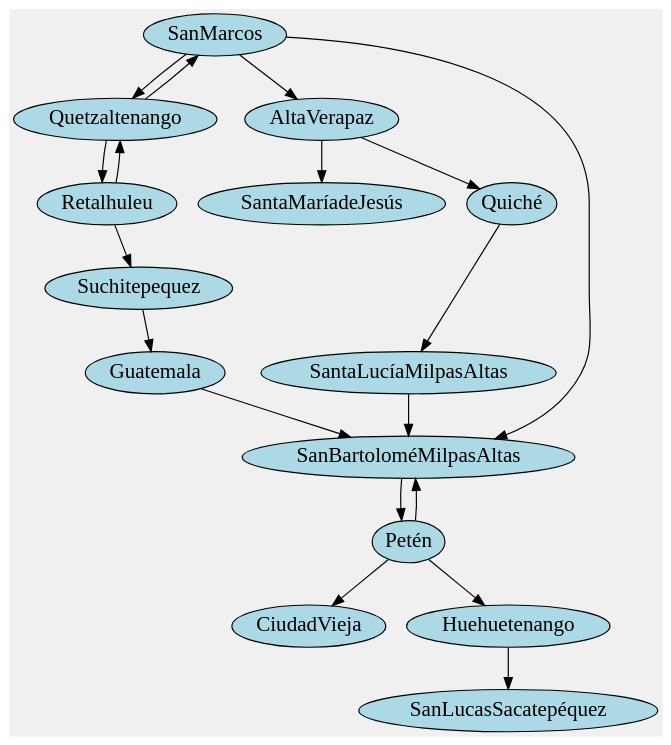
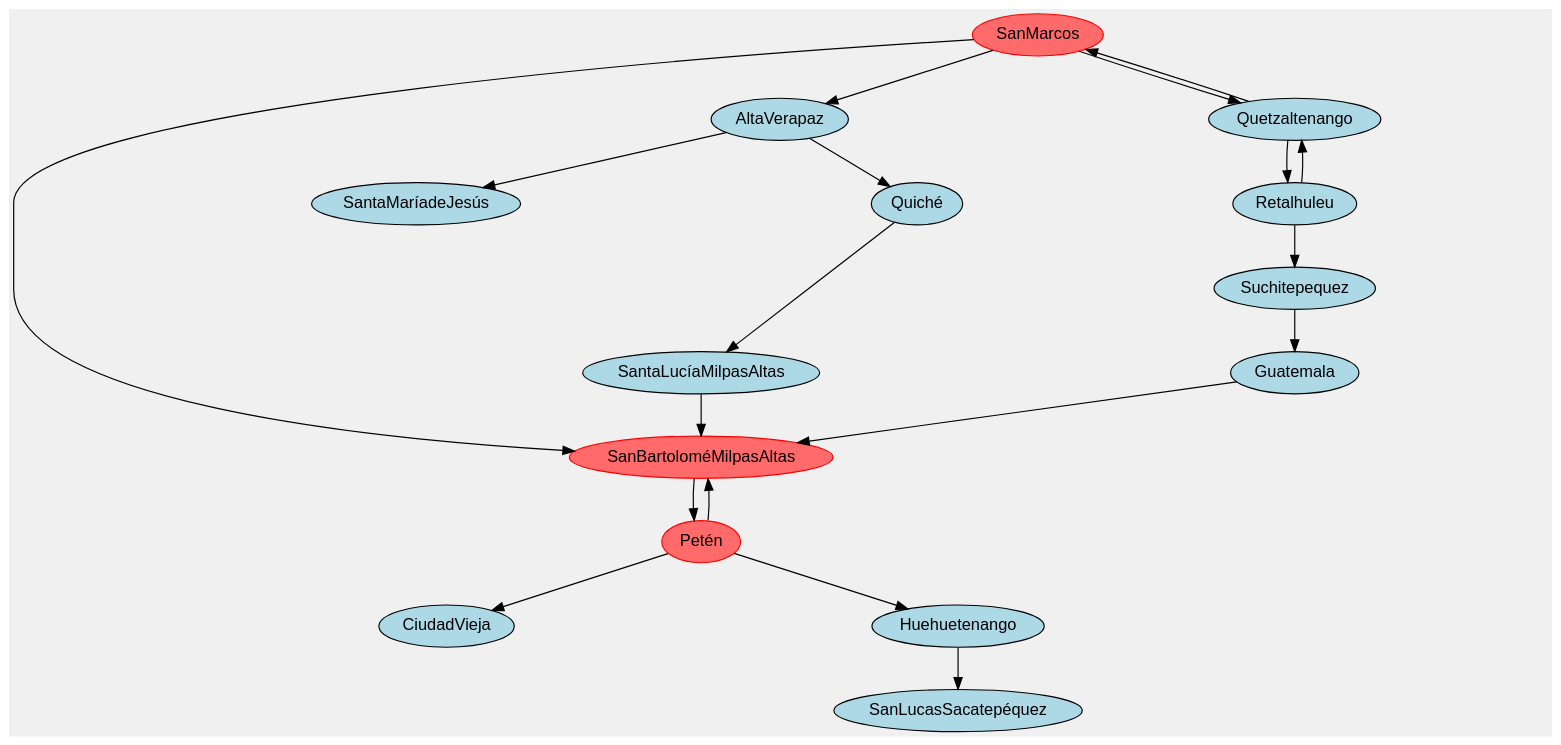
One commit to Gerardo-Mantanico/TravelMap_GT changed the diagram in src/main/resources/img/mapaInicial.dot. Above: the diagram before and after it, drawn with Graphviz. The commit also changed 43 other files, not shown here.

```diff
--- a/src/main/resources/img/mapaInicial.dot
+++ b/src/main/resources/img/mapaInicial.dot
@@ -1,18 +1,22 @@
-digraph G {
- bgcolor="#f0f0f0";  
- node [margin=0 fontcolor=black fontsize=18 width=0.5 shape=oval style=filled fillcolor=lightblue] 
-AltaVerapaz ->  {SantaMaríadeJesús  Quiché  } 
+digraph G { 
+ fontname="Helvetica,Arial,sans-serif"
+    bgcolor="#f0f0f0";
+    node [fontname="Helvetica,Arial,sans-serif"];
+    edge [fontname="Helvetica,Arial,sans-serif"];
+    graph [ratio=0.5];
+node [shape = oval, color=red style=filled, fillcolor=indianred1];SanMarcos SanBartoloméMilpasAltas Petén ; 
+ node [shape = oval color=black style=filled fillcolor=lightblue]AltaVerapaz ->  {SantaMaríadeJesús  Quiché  } 
  SantaMaríadeJesús ->  {} 
  Petén ->  {CiudadVieja  Huehuetenango  SanBartoloméMilpasAltas  } 
  CiudadVieja ->  {} 
  Quetzaltenango ->  {Retalhuleu  SanMarcos  } 
  Retalhuleu ->  {Quetzaltenango  Suchitepequez  } 
  SanMarcos ->  {Quetzaltenango  SanBartoloméMilpasAltas  AltaVerapaz  } 
  Suchitepequez ->  {Guatemala  } 
  Guatemala ->  {SanBartoloméMilpasAltas  } 
  SanBartoloméMilpasAltas ->  {Petén  } 
  Huehuetenango ->  {SanLucasSacatepéquez  } 
  SanLucasSacatepéquez ->  {} 
  Quiché ->  {SantaLucíaMilpasAltas  } 
  SantaLucíaMilpasAltas ->  {SanBartoloméMilpasAltas  } 
  }
```
